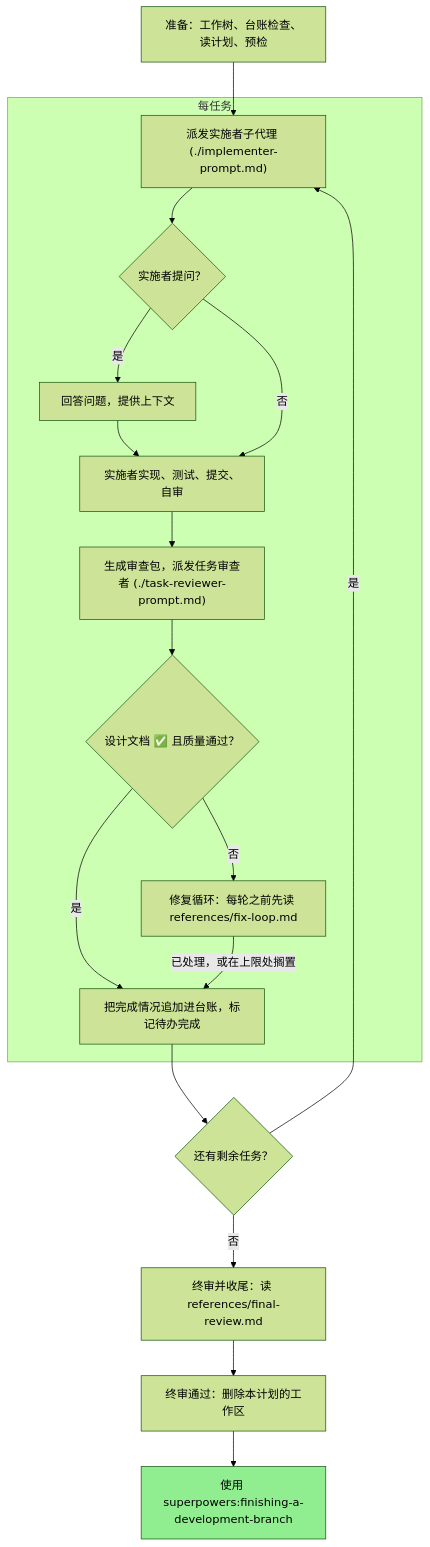
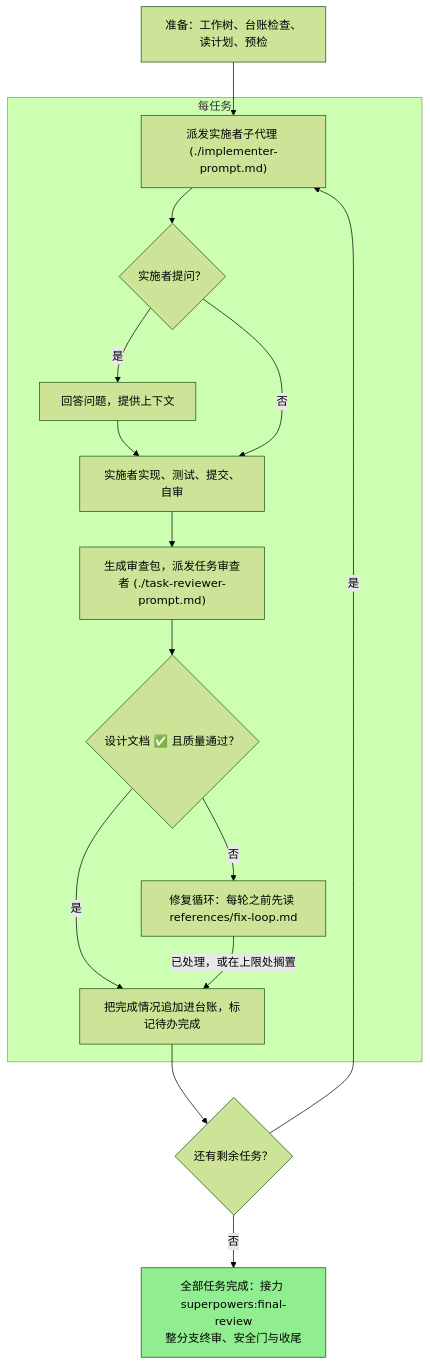
Before and after one commit to chuxiao/superpowers: the second of 2 diagrams in skills/subagent-driven-development/SKILL.md, drawn with Mermaid (forest theme). The commit also changed other lines of this file and 11 other files, not shown here.

````diff
--- a/skills/subagent-driven-development/SKILL.md
+++ b/skills/subagent-driven-development/SKILL.md
@@ -49,36 +49,32 @@
 ```mermaid
 flowchart TD
     prep["准备：工作树、台账检查、读计划、预检"]
     tasks_remaining{"还有剩余任务？"}
-    final_review["终审并收尾：读 references/final-review.md"]
-    cleanup["终审通过：删除本计划的工作区"]
-    finish["使用 superpowers:finishing-a-development-branch"]
+    final_handoff["全部任务完成：接力 superpowers:final-review<br/>整分支终审、安全门与收尾"]
 
     subgraph per_task["每任务"]
         dispatch_implementer["派发实施者子代理 (./implementer-prompt.md)"]
         implementer_asks{"实施者提问？"}
         answer_questions["回答问题，提供上下文"]
         implement_and_selfreview["实施者实现、测试、提交、自审"]
         dispatch_reviewer["生成审查包，派发任务审查者 (./task-reviewer-prompt.md)"]
         review_passed{"设计文档 ✅ 且质量通过？"}
         fix_loop["修复循环：每轮之前先读 references/fix-loop.md"]
         update_ledger["把完成情况追加进台账，标记待办完成"]
     end
 
     prep --> dispatch_implementer
     dispatch_implementer --> implementer_asks
     implementer_asks -->|是| answer_questions
     answer_questions --> implement_and_selfreview
     implementer_asks -->|否| implement_and_selfreview
     implement_and_selfreview --> dispatch_reviewer
     dispatch_reviewer --> review_passed
     review_passed -->|是| update_ledger
     review_passed -->|否| fix_loop
     fix_loop -->|已处理，或在上限处搁置| update_ledger
     update_ledger --> tasks_remaining
     tasks_remaining -->|是| dispatch_implementer
-    tasks_remaining -->|否| final_review
-    final_review --> cleanup
-    cleanup --> finish
-    style finish fill:#90ee90
+    tasks_remaining -->|否| final_handoff
+    style final_handoff fill:#90ee90
 ```
````
